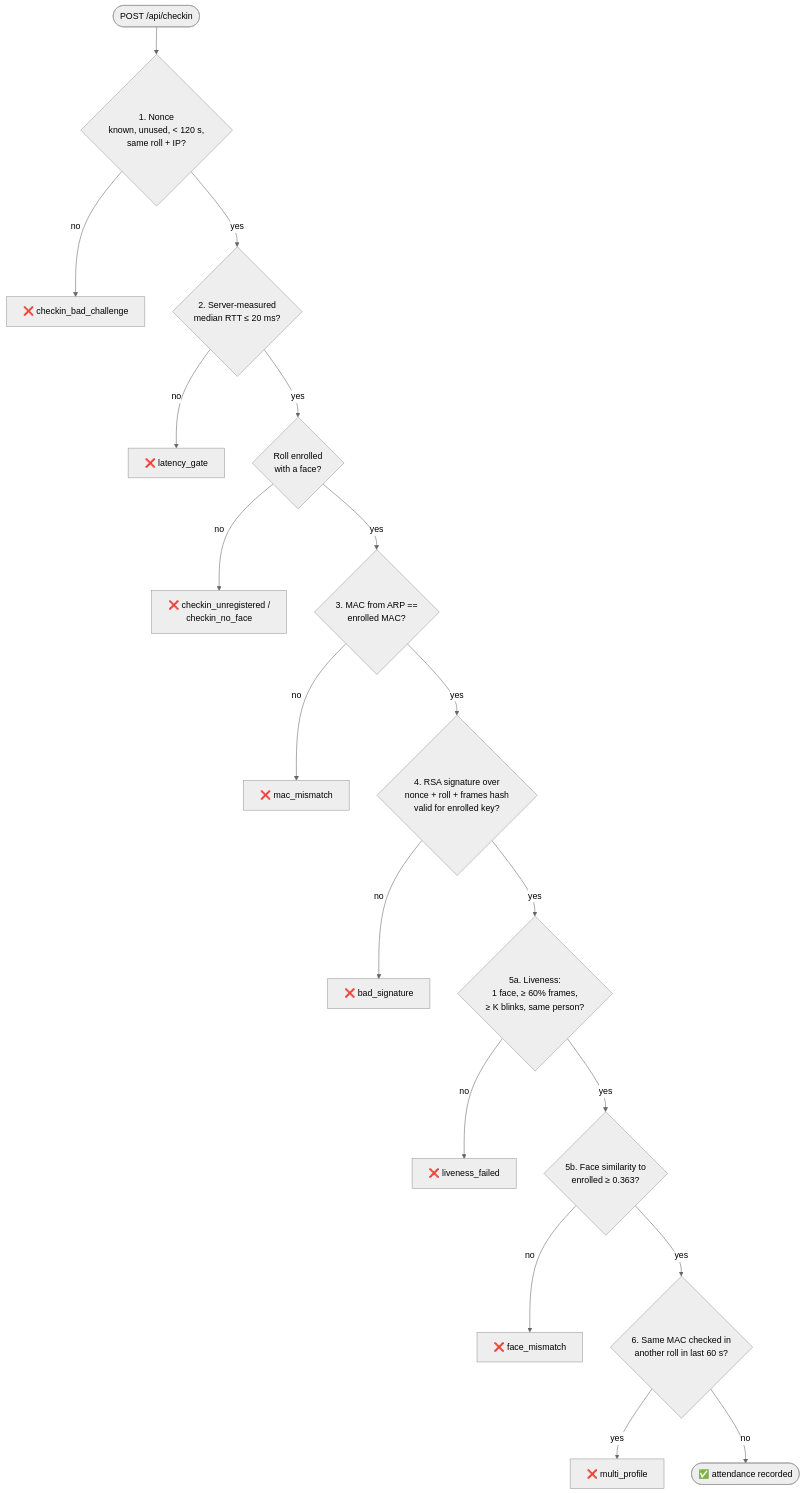
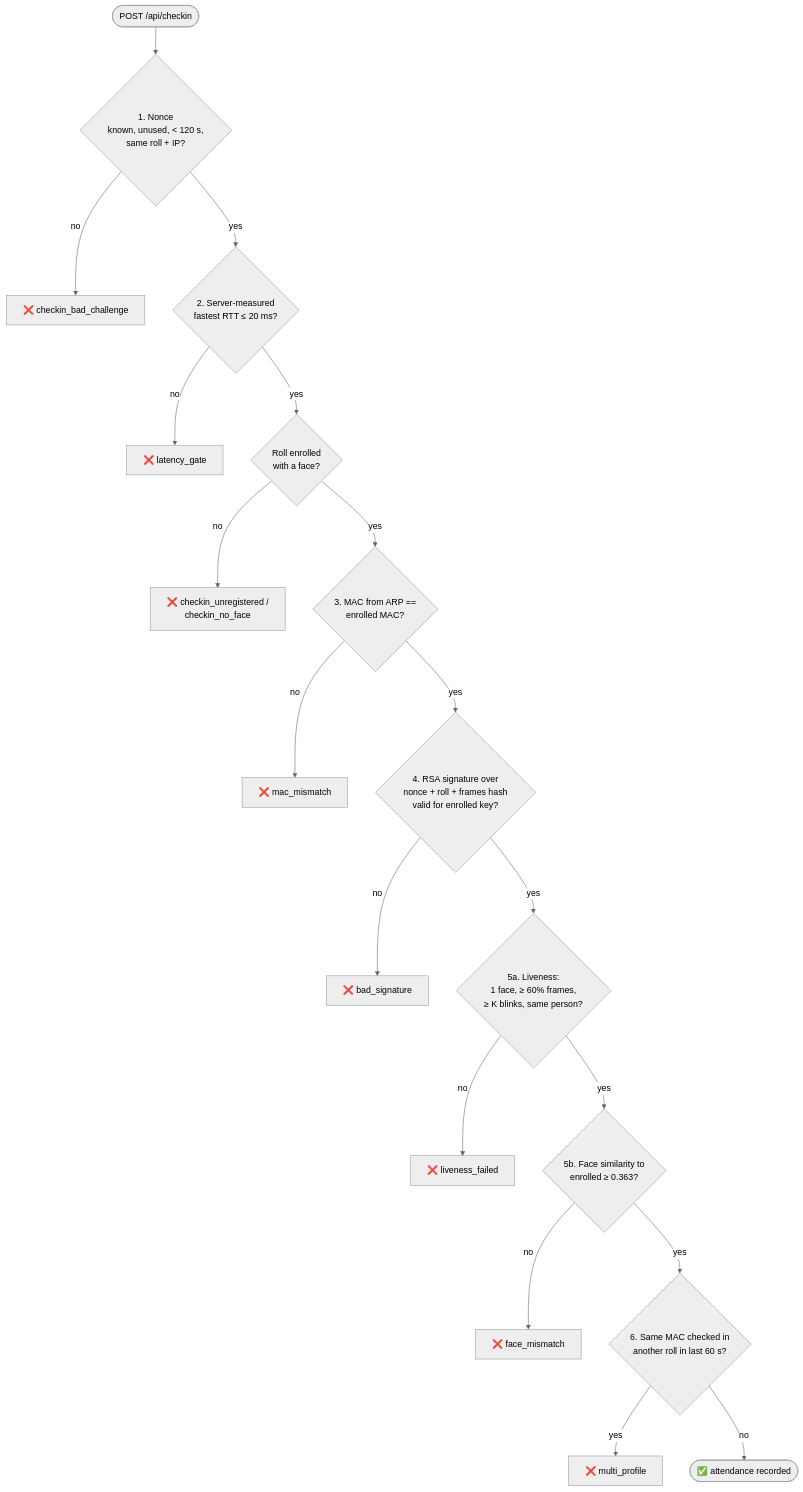
One commit to unexperiencedone/airgated- changed the sixth of 10 diagrams in README.md. Above: the diagram before and after it, drawn with Mermaid (neutral theme). The commit also changed other lines of this file and 2 other files, not shown here.

````diff
--- a/README.md
+++ b/README.md
@@ -208,20 +208,20 @@
 ```mermaid
 flowchart TD
     Start(["POST /api/checkin"]) --> G1{"1. Nonce<br/>known, unused, < 120 s,<br/>same roll + IP?"}
     G1 -- no --> R1["❌ checkin_bad_challenge"]
-    G1 -- yes --> G2{"2. Server-measured<br/>median RTT ≤ 20 ms?"}
+    G1 -- yes --> G2{"2. Server-measured<br/>fastest RTT ≤ 20 ms?"}
     G2 -- no --> R2["❌ latency_gate"]
     G2 -- yes --> G3{"Roll enrolled<br/>with a face?"}
     G3 -- no --> R3["❌ checkin_unregistered /<br/>checkin_no_face"]
     G3 -- yes --> G4{"3. MAC from ARP ==<br/>enrolled MAC?"}
     G4 -- no --> R4["❌ mac_mismatch"]
     G4 -- yes --> G5{"4. RSA signature over<br/>nonce + roll + frames hash<br/>valid for enrolled key?"}
     G5 -- no --> R5["❌ bad_signature"]
     G5 -- yes --> G6{"5a. Liveness:<br/>1 face, ≥ 60% frames,<br/>≥ K blinks, same person?"}
     G6 -- no --> R6["❌ liveness_failed"]
     G6 -- yes --> G7{"5b. Face similarity to<br/>enrolled ≥ 0.363?"}
     G7 -- no --> R7["❌ face_mismatch"]
     G7 -- yes --> G8{"6. Same MAC checked in<br/>another roll in last 60 s?"}
     G8 -- yes --> R8["❌ multi_profile"]
     G8 -- no --> OK(["✅ attendance recorded"])
 ```
````
